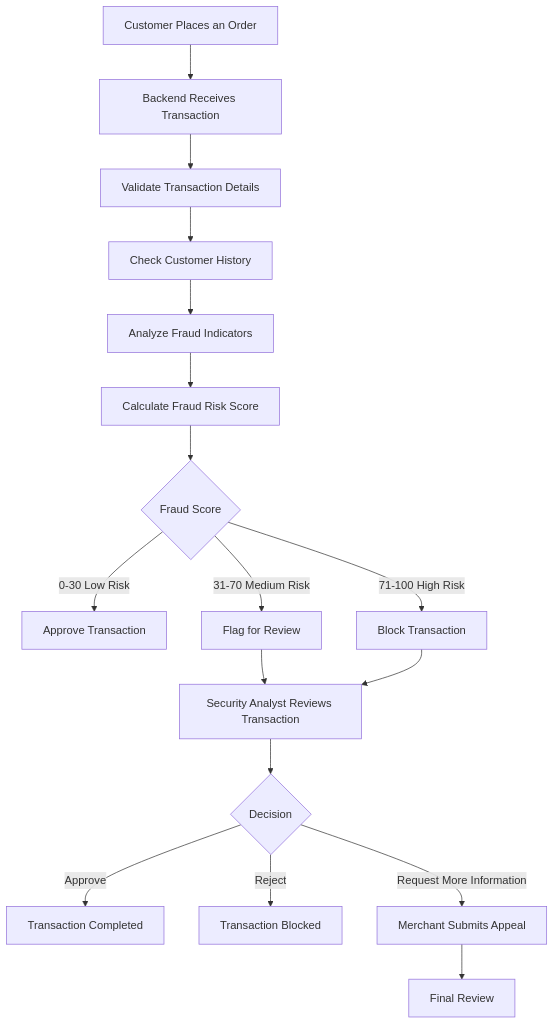
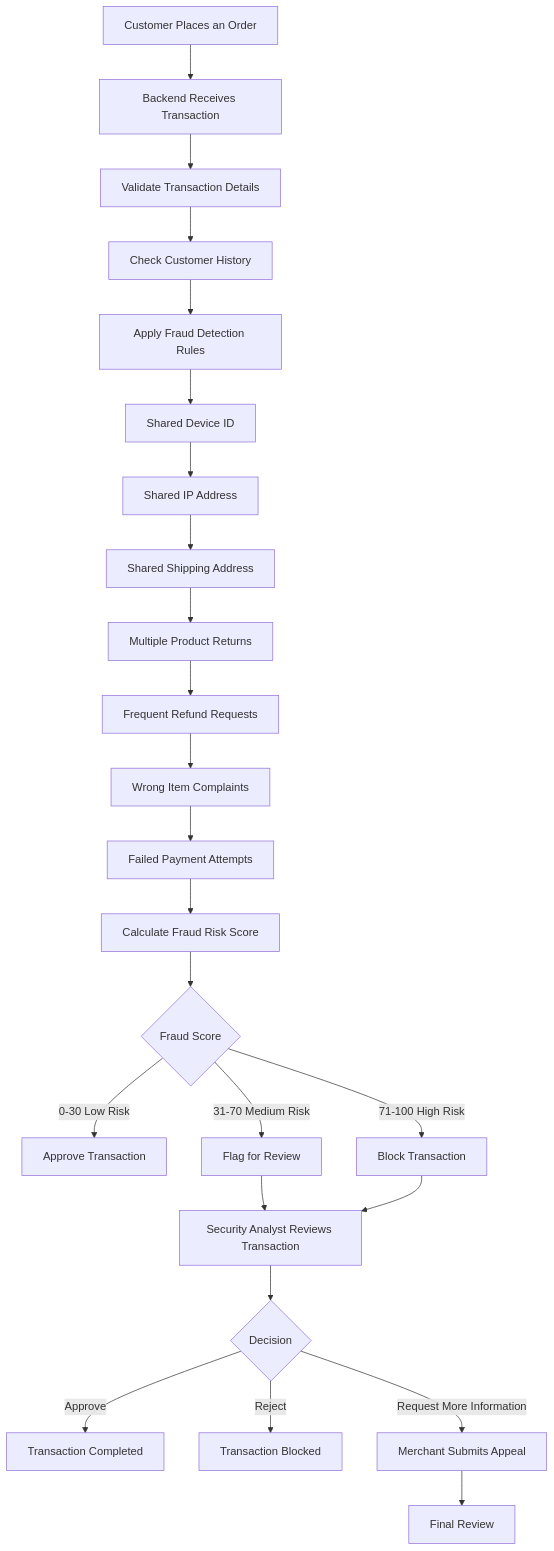
The first of 3 diagrams in README.md (raghavendra3107/TrustGraph-AI), drawn with Mermaid before and after one commit.

Commit message:
Updated README with project overview and fraud detection workflow

````diff
--- a/README.md
+++ b/README.md
@@ -63,35 +63,49 @@
 ```mermaid
 flowchart TD
 
 A[Customer Places an Order] --> B[Backend Receives Transaction]
 
 B --> C[Validate Transaction Details]
 
 C --> D[Check Customer History]
 
-D --> E[Analyze Fraud Indicators]
+D --> E[Apply Fraud Detection Rules]
 
-E --> F[Calculate Fraud Risk Score]
+E --> E1[Shared Device ID]
+
+E1 --> E2[Shared IP Address]
+
+E2 --> E3[Shared Shipping Address]
+
+E3 --> E4[Multiple Product Returns]
+
+E4 --> E5[Frequent Refund Requests]
+
+E5 --> E6[Wrong Item Complaints]
+
+E6 --> E7[Failed Payment Attempts]
+
+E7 --> F[Calculate Fraud Risk Score]
 
 F --> G{Fraud Score}
 
 G -->|0-30 Low Risk| H[Approve Transaction]
 
 G -->|31-70 Medium Risk| I[Flag for Review]
 
 G -->|71-100 High Risk| J[Block Transaction]
 
 I --> K[Security Analyst Reviews Transaction]
 
 J --> K
 
 K --> L{Decision}
 
 L -->|Approve| M[Transaction Completed]
 
 L -->|Reject| N[Transaction Blocked]
 
 L -->|Request More Information| O[Merchant Submits Appeal]
 
 O --> P[Final Review]
 ```
````
